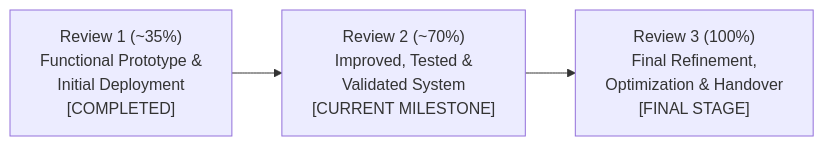
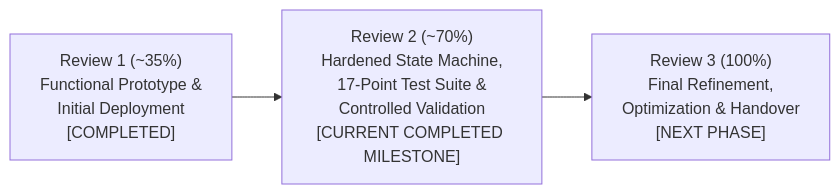
One commit to vivin222/Surya-Agencies changed the second of 2 diagrams in README.md. Above: the diagram before and after it, drawn with Mermaid. The commit also changed other lines of this file and 2 other files, not shown here.

Commit message:
Audit & Docs: Final Review-2 (~70%) consistency alignment with audited SQLite schema, verified API endpoints, and structured Review-3 roadmap

````diff
--- a/README.md
+++ b/README.md
@@ -329,4 +350,4 @@
 ```mermaid
 flowchart LR
-    R1["Review 1 (~35%)\nFunctional Prototype &\nInitial Deployment\n[COMPLETED]"] --> R2["Review 2 (~70%)\nImproved, Tested &\nValidated System\n[CURRENT MILESTONE]"] --> R3["Review 3 (100%)\nFinal Refinement,\nOptimization & Handover\n[FINAL STAGE]"]
+    R1["Review 1 (~35%)\nFunctional Prototype &\nInitial Deployment\n[COMPLETED]"] --> R2["Review 2 (~70%)\nHardened State Machine,\n17-Point Test Suite &\nControlled Validation\n[CURRENT COMPLETED MILESTONE]"] --> R3["Review 3 (100%)\nFinal Refinement,\nOptimization & Handover\n[NEXT PHASE]"]
 ```
````
